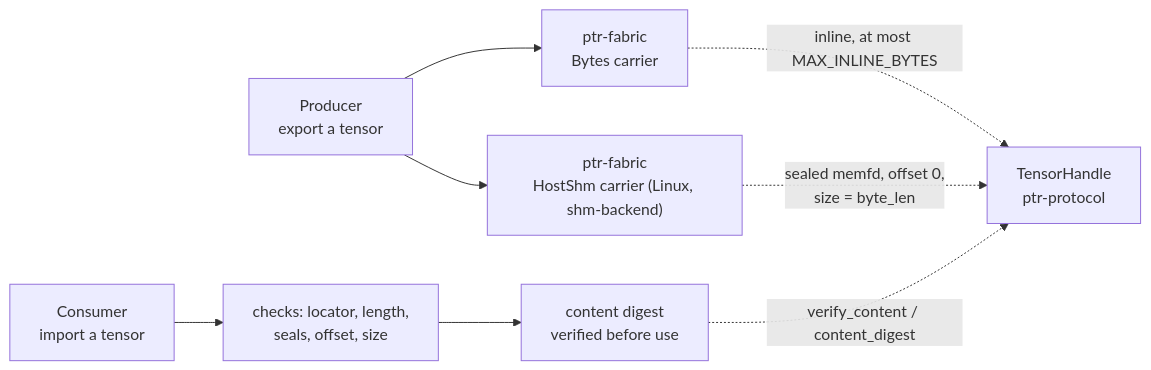
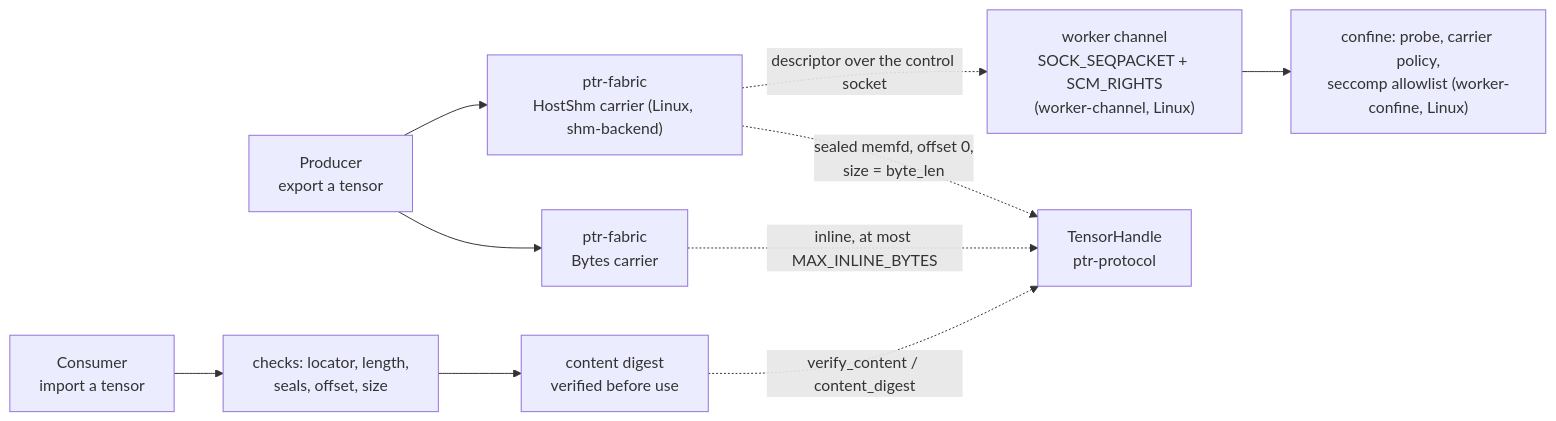
One commit to xrey167/PTR changed the diagram in docs/diagrams/components/ptr-fabric.mmd. Above: the diagram before and after it, drawn with Mermaid. The commit also changed 20 other files, not shown here.

First line of the commit message:
runtime, fabric: host-wide byte quota ledger and the pod worker channel (Pod data plane, wave 3 part 2a)

```diff
--- a/docs/diagrams/components/ptr-fabric.mmd
+++ b/docs/diagrams/components/ptr-fabric.mmd
@@ -1,8 +1,10 @@
 flowchart LR
     P["Producer\nexport a tensor"] --> B["ptr-fabric\nBytes carrier"]
     P --> S["ptr-fabric\nHostShm carrier (Linux, shm-backend)"]
     B -. "inline, at most MAX_INLINE_BYTES" .-> H["TensorHandle\nptr-protocol"]
     S -. "sealed memfd, offset 0,\nsize = byte_len" .-> H
     C["Consumer\nimport a tensor"] --> V["checks: locator, length,\nseals, offset, size"]
     V --> D["content digest\nverified before use"]
     D -. "verify_content / content_digest" .-> H
+    S -. "descriptor over the control socket" .-> W["worker channel\nSOCK_SEQPACKET + SCM_RIGHTS\n(worker-channel, Linux)"]
+    W --> K["confine: probe, carrier policy,\nseccomp allowlist (worker-confine, Linux)"]
```
